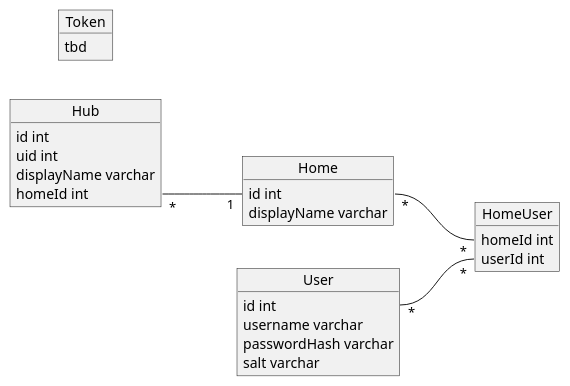
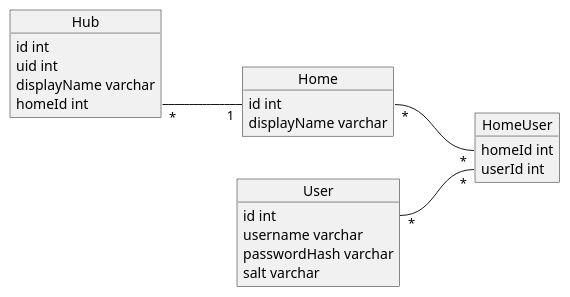
Before and after one commit to Casp7654/XPower: the diagram in docs/DB Diagrams/DatabaseDiagram.plantuml, drawn with PlantUML.

```diff
--- a/docs/DB Diagrams/DatabaseDiagram.plantuml
+++ b/docs/DB Diagrams/DatabaseDiagram.plantuml
@@ -1,30 +1,27 @@
 @startuml Database Diagram
 left to right direction
 object User
 object Home
 object HomeUser
 object Hub
-object Token
 
 User : id int
 User : username varchar
 User : passwordHash varchar
 User : salt varchar
 
 Home : id int
 Home : displayName varchar
 
 Hub : id int
 Hub : uid int
 Hub : displayName varchar
 Hub : homeId int
 
 HomeUser : homeId int
 HomeUser : userId int
 
-Token : tbd
-
 User::id"*" -- "*"HomeUser::userId
 Home::id"*" -- "*"HomeUser::homeId
 Hub::homeId"*" -- "1"Home::id
 @enduml
```
